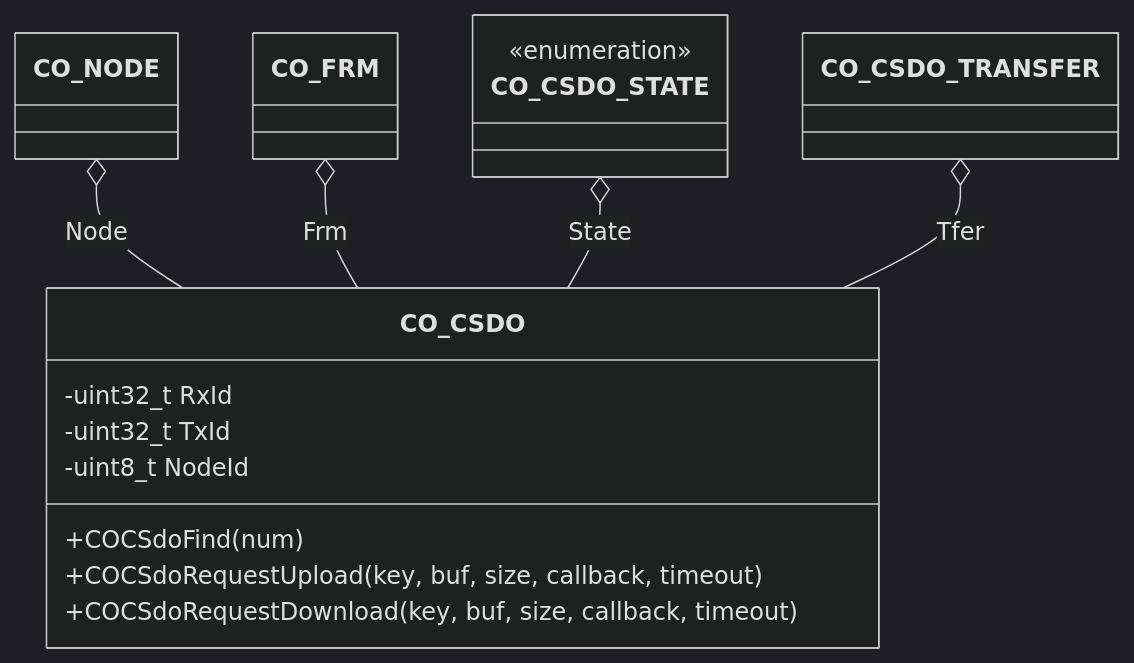
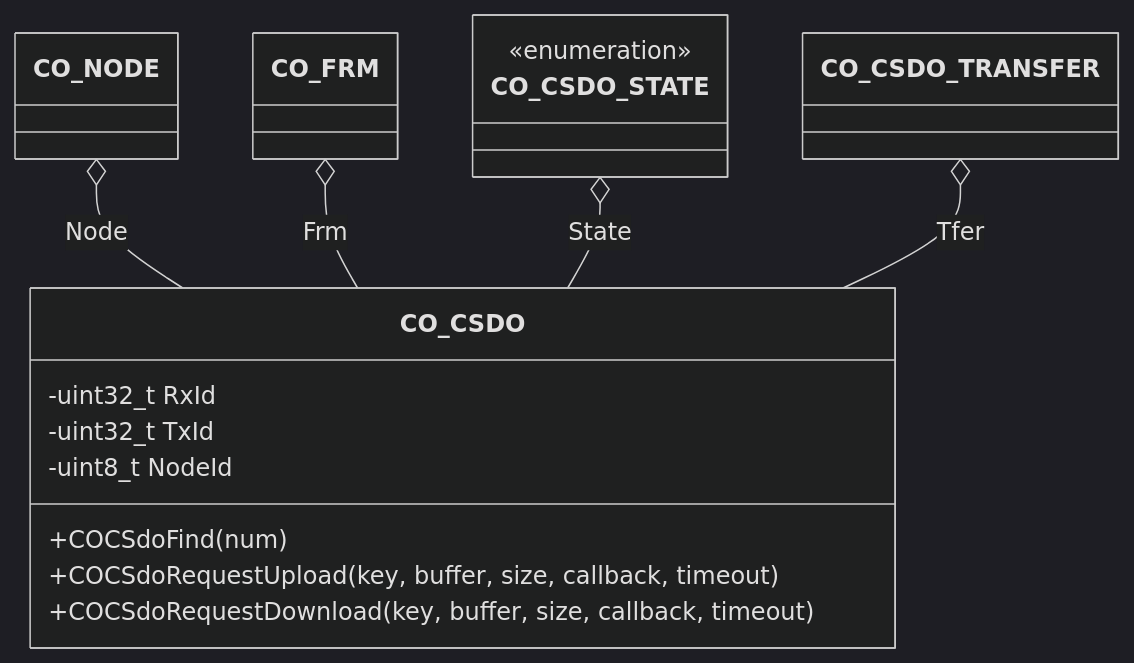
One commit to embedded-office/canopen-website changed the diagram in website/docs/api/csdo.md. Above: the diagram before and after it, drawn with Mermaid (dark theme). The commit also changed other lines of this file and 11 other files, not shown here.

````diff
--- a/website/docs/api/csdo.md
+++ b/website/docs/api/csdo.md
@@ -7,18 +7,18 @@
 ```mermaid
 classDiagram
   CO_NODE o-- CO_CSDO : Node
   CO_FRM o-- CO_CSDO : Frm
   CO_CSDO_STATE o-- CO_CSDO : State
   CO_CSDO_TRANSFER o-- CO_CSDO : Tfer
   class CO_CSDO {
     -uint32_t RxId
     -uint32_t TxId
     -uint8_t NodeId
     +COCSdoFind(num)
-    +COCSdoRequestUpload(key, buf, size, callback, timeout)
-    +COCSdoRequestDownload(key, buf, size, callback, timeout)
+    +COCSdoRequestUpload(key, buffer, size, callback, timeout)
+    +COCSdoRequestDownload(key, buffer, size, callback, timeout)
   }
   class CO_CSDO_STATE {
     <<enumeration>>
   }
 ```
````
